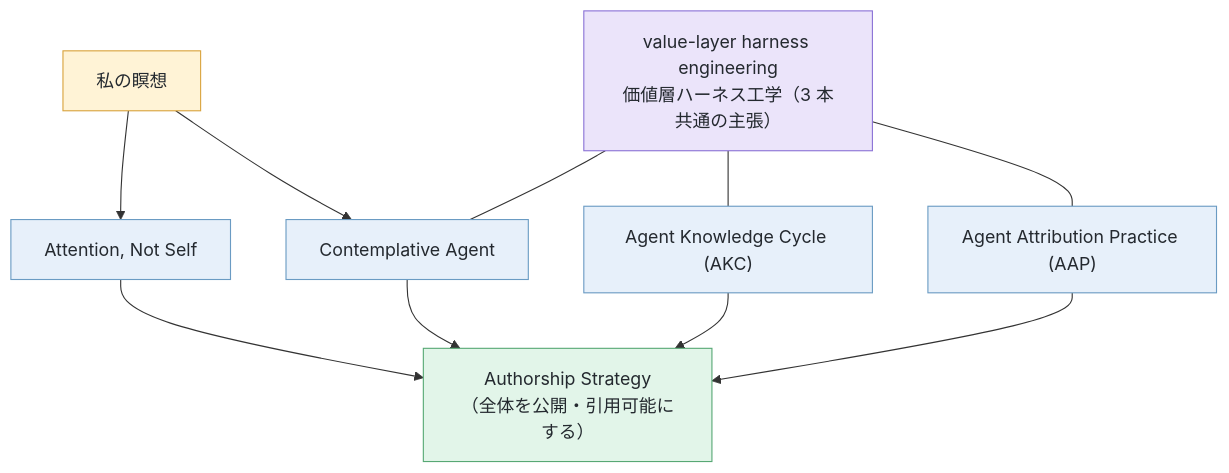
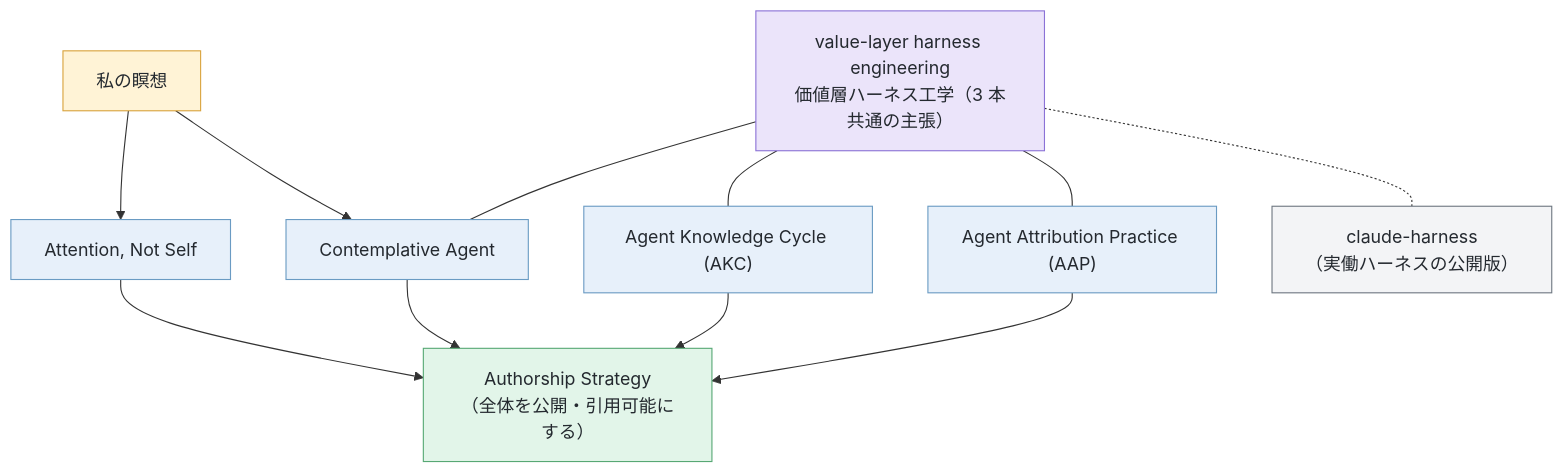
Before and after one commit to shimo4228/shimo4228: the diagram in README.ja.md, drawn with Mermaid. The commit also changed other lines of this file and 2 other files, not shown here.

First line of the commit message:
docs(readme): raise claude-harness prominence as the living instance of value-layer harness engineering

````diff
--- a/README.ja.md
+++ b/README.ja.md
@@ -35,17 +37,20 @@
 ```mermaid
 graph TD
     M["私の瞑想"] --> ANS["Attention, Not Self"]
     M --> CA["Contemplative Agent"]
     V["value-layer harness engineering<br>価値層ハーネス工学（3 本共通の主張）"] --- CA
     V --- AKC["Agent Knowledge Cycle (AKC)"]
     V --- AAP["Agent Attribution Practice (AAP)"]
     ANS & CA & AKC & AAP --> AS["Authorship Strategy<br>（全体を公開・引用可能にする）"]
+    V -.- CH["claude-harness<br>（実働ハーネスの公開版）"]
     classDef source fill:#FFF3D6,stroke:#D9A33C,color:#24292F
     classDef claim fill:#EBE4FA,stroke:#8B72D6,color:#24292F
     classDef lineNode fill:#E7F0FA,stroke:#6A9BC3,color:#24292F
     classDef sink fill:#E2F5E9,stroke:#57A874,color:#24292F
+    classDef artifact fill:#F3F4F6,stroke:#6E7781,color:#24292F
     class M source
     class V claim
     class ANS,CA,AKC,AAP lineNode
     class AS sink
+    class CH artifact
 ```
````
